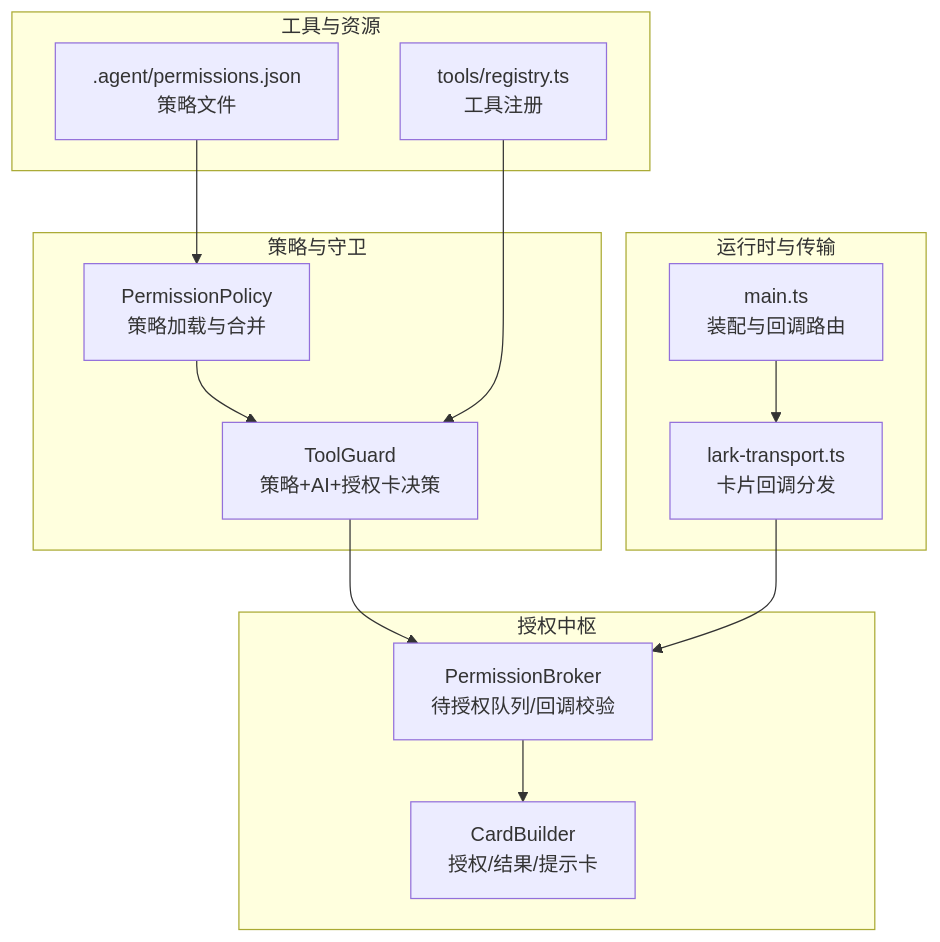
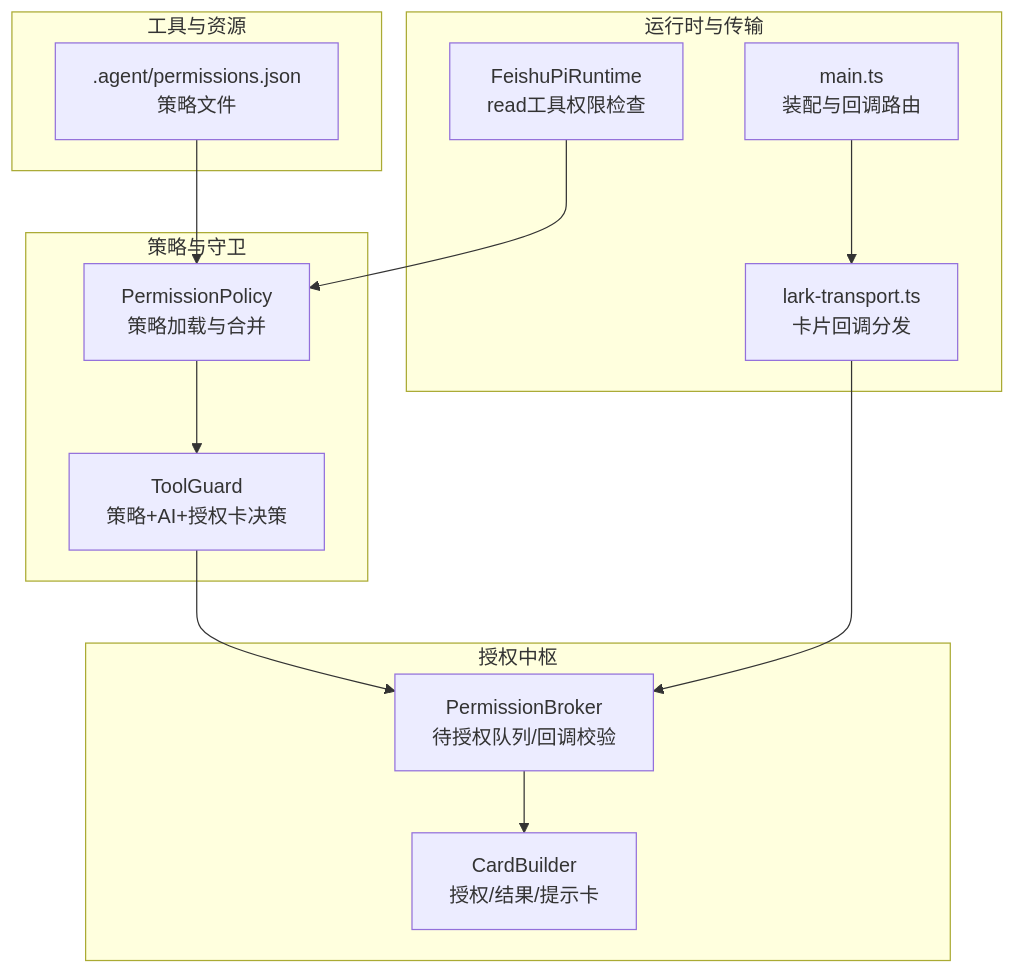
The first of 8 diagrams in .qoder/repowiki/zh/content/脚本工具系统/工具系统/工具安全控制.md (HeXiaoShu520/feishu-pi), drawn with Mermaid before and after one commit. The commit also changed other lines of this file and 47 other files, not shown here.

````diff
--- a/.qoder/repowiki/zh/content/脚本工具系统/工具系统/工具安全控制.md
+++ b/.qoder/repowiki/zh/content/脚本工具系统/工具系统/工具安全控制.md
@@ -47,26 +59,26 @@
 ```mermaid
 graph TB
 subgraph "策略与守卫"
 P["PermissionPolicy<br/>策略加载与合并"]
 G["ToolGuard<br/>策略+AI+授权卡决策"]
 end
 subgraph "授权中枢"
 B["PermissionBroker<br/>待授权队列/回调校验"]
 C["CardBuilder<br/>授权/结果/提示卡"]
 end
 subgraph "运行时与传输"
 M["main.ts<br/>装配与回调路由"]
 T["lark-transport.ts<br/>卡片回调分发"]
+R["FeishuPiRuntime<br/>read工具权限检查"]
 end
 subgraph "工具与资源"
-R["tools/registry.ts<br/>工具注册"]
 J[".agent/permissions.json<br/>策略文件"]
 end
 J --> P
 P --> G
 G --> B
 B --> C
 M --> T
 T --> B
-R --> G
+R --> P
 ```
````
